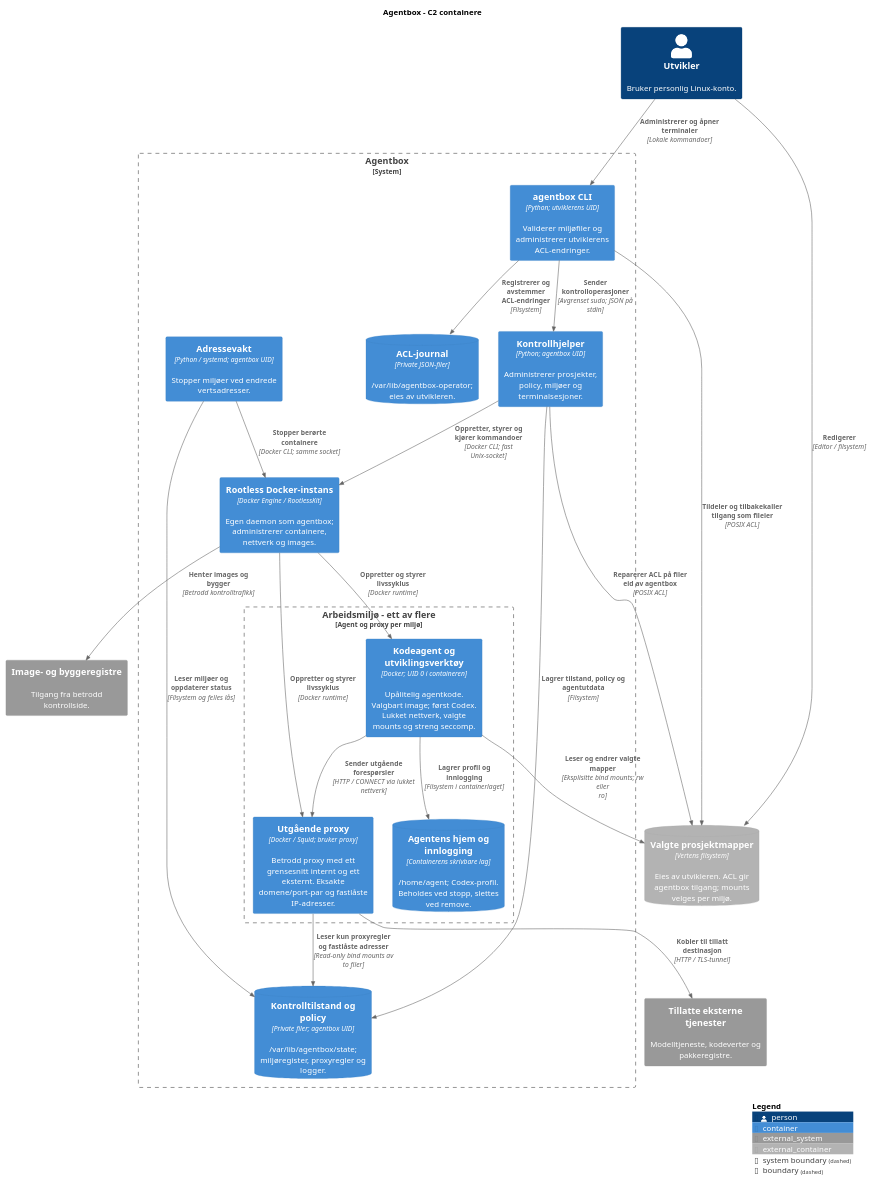
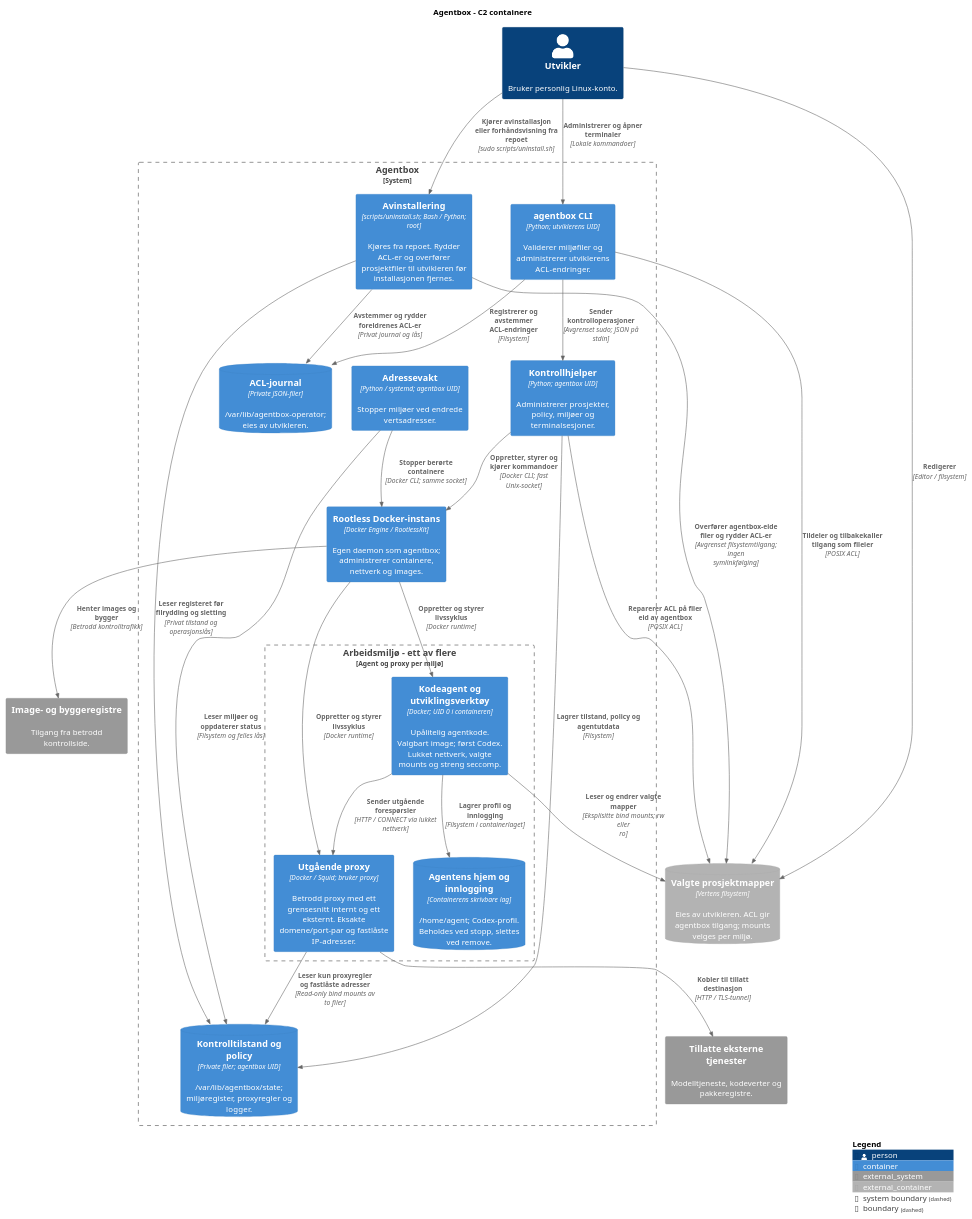
Before and after one commit to oisteink/agentbox: the second of 2 diagrams in docs/architecture-c4.md, drawn with PlantUML. The commit also changed other lines of this file and 30 other files, not shown here.

````diff
--- a/docs/architecture-c4.md
+++ b/docs/architecture-c4.md
@@ -56,47 +56,52 @@
 ```plantuml
 @startuml agentbox-containers
 !include <C4/C4_Container>
 LAYOUT_TOP_DOWN()
 title Agentbox - C2 containere
 
 Person(developer, "Utvikler", "Bruker personlig Linux-konto.")
 ContainerDb_Ext(projects, "Valgte prosjektmapper", "Vertens filsystem", "Eies av utvikleren. ACL gir agentbox tilgang; mounts velges per miljø.")
 System_Ext(services, "Tillatte eksterne tjenester", "Modelltjeneste, kodeverter og pakkeregistre.")
 System_Ext(registry, "Image- og byggeregistre", "Tilgang fra betrodd kontrollside.")
 
 System_Boundary(agentbox, "Agentbox") {
     Container(cli, "agentbox CLI", "Python; utviklerens UID", "Validerer miljøfiler og administrerer utviklerens ACL-endringer.")
     ContainerDb(journal, "ACL-journal", "Private JSON-filer", "/var/lib/agentbox-operator; eies av utvikleren.")
     Container(control, "Kontrollhjelper", "Python; agentbox UID", "Administrerer prosjekter, policy, miljøer og terminalsesjoner.")
+    Container(uninstall, "Avinstallering", "scripts/uninstall.sh; Bash / Python; root", "Kjøres fra repoet. Rydder ACL-er og overfører prosjektfiler til utvikleren før installasjonen fjernes. ")
     Container(watch, "Adressevakt", "Python / systemd; agentbox UID", "Stopper miljøer ved endrede vertsadresser.")
     ContainerDb(state, "Kontrolltilstand og policy", "Private filer; agentbox UID", "/var/lib/agentbox/state; miljøregister, proxyregler og logger.")
     Container(docker, "Rootless Docker-instans", "Docker Engine / RootlessKit", "Egen daemon som agentbox; administrerer containere, nettverk og images.")
 
     Boundary(environment, "Arbeidsmiljø - ett av flere", "Agent og proxy per miljø") {
         Container(agent, "Kodeagent og utviklingsverktøy", "Docker; UID 0 i containeren", "Upålitelig agentkode. Valgbart image; først Codex. Lukket nettverk, valgte mounts og streng seccomp.")
         Container(proxy, "Utgående proxy", "Docker / Squid; bruker proxy", "Betrodd proxy med ett grensesnitt internt og ett eksternt. Eksakte domene/port-par og fastlåste IP-adresser.")
         ContainerDb(home, "Agentens hjem og innlogging", "Containerens skrivbare lag", "/home/agent; Codex-profil. Beholdes ved stopp, slettes ved remove.")
     }
 }
 
 Rel(developer, cli, "Administrerer og åpner terminaler", "Lokale kommandoer")
 Rel(developer, projects, "Redigerer", "Editor / filsystem")
 Rel(cli, journal, "Registrerer og avstemmer ACL-endringer", "Filsystem")
 Rel(cli, projects, "Tildeler og tilbakekaller tilgang som fileier", "POSIX ACL")
 Rel(cli, control, "Sender kontrolloperasjoner", "Avgrenset sudo; JSON på stdin")
+Rel(developer, uninstall, "Kjører avinstallasjon eller forhåndsvisning fra repoet", "sudo scripts/uninstall.sh")
+Rel(uninstall, projects, "Overfører agentbox-eide filer og rydder ACL-er", "Avgrenset filsystemtilgang; ingen symlinkfølging")
+Rel(uninstall, state, "Leser registeret før filrydding og sletting", "Privat tilstand og operasjonslås")
+Rel(uninstall, journal, "Avstemmer og rydder foreldrenes ACL-er", "Privat journal og lås")
 Rel(control, projects, "Reparerer ACL på filer eid av agentbox", "POSIX ACL")
 Rel(control, state, "Lagrer tilstand, policy og agentutdata", "Filsystem")
 Rel(watch, state, "Leser miljøer og oppdaterer status", "Filsystem og felles lås")
 Rel(control, docker, "Oppretter, styrer og kjører kommandoer", "Docker CLI; fast Unix-socket")
 Rel(watch, docker, "Stopper berørte containere", "Docker CLI; samme socket")
 Rel(docker, agent, "Oppretter og styrer livssyklus", "Docker runtime")
 Rel(docker, proxy, "Oppretter og styrer livssyklus", "Docker runtime")
 Rel(docker, registry, "Henter images og bygger", "Betrodd kontrolltrafikk")
 Rel(agent, projects, "Leser og endrer valgte mapper", "Eksplisitte bind mounts; rw eller ro")
 Rel(agent, home, "Lagrer profil og innlogging", "Filsystem i containerlaget")
 Rel(agent, proxy, "Sender utgående forespørsler", "HTTP / CONNECT via lukket nettverk")
 Rel(proxy, state, "Leser kun proxyregler og fastlåste adresser", "Read-only bind mounts av to filer")
 Rel(proxy, services, "Kobler til tillatt destinasjon", "HTTP / TLS-tunnel")
 SHOW_LEGEND()
 @enduml
 ```
````
